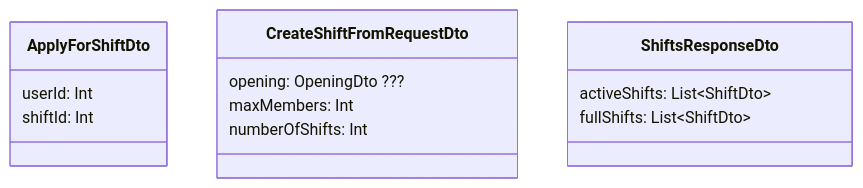
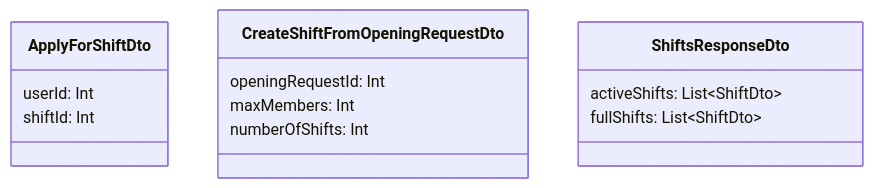
The fifth of 9 diagrams in Upgrade backend TERV.md (kir-dev/foodex-web), drawn with Mermaid before and after one commit. The commit also changed other lines of this file, not shown here.

````diff
--- a/Upgrade backend TERV.md
+++ b/Upgrade backend TERV.md
@@ -143,19 +137,19 @@
 ```mermaid
 classDiagram
 
 class ApplyForShiftDto {
     userId: Int
     shiftId: Int
 }
 
-class CreateShiftFromRequestDto {
-    opening: OpeningDto ???
+class CreateShiftFromOpeningRequestDto {
+    openingRequestId: Int
     maxMembers: Int
     numberOfShifts: Int
 }
 
 class ShiftsResponseDto {
     activeShifts: List&lt;ShiftDto&gt;
     fullShifts: List&lt;ShiftDto&gt;
 }
 ```
````
